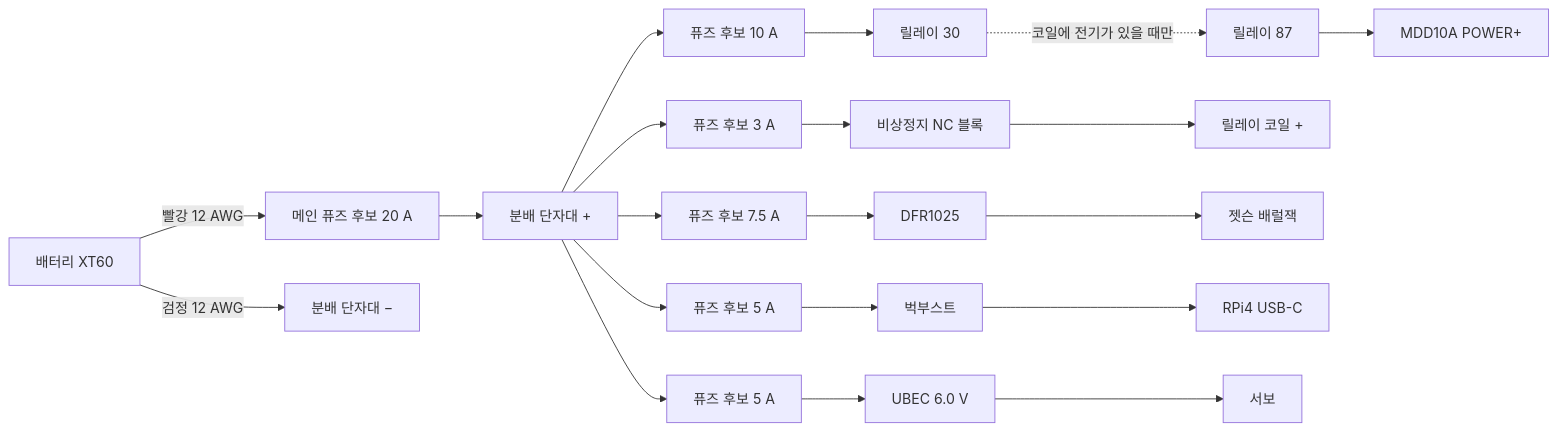
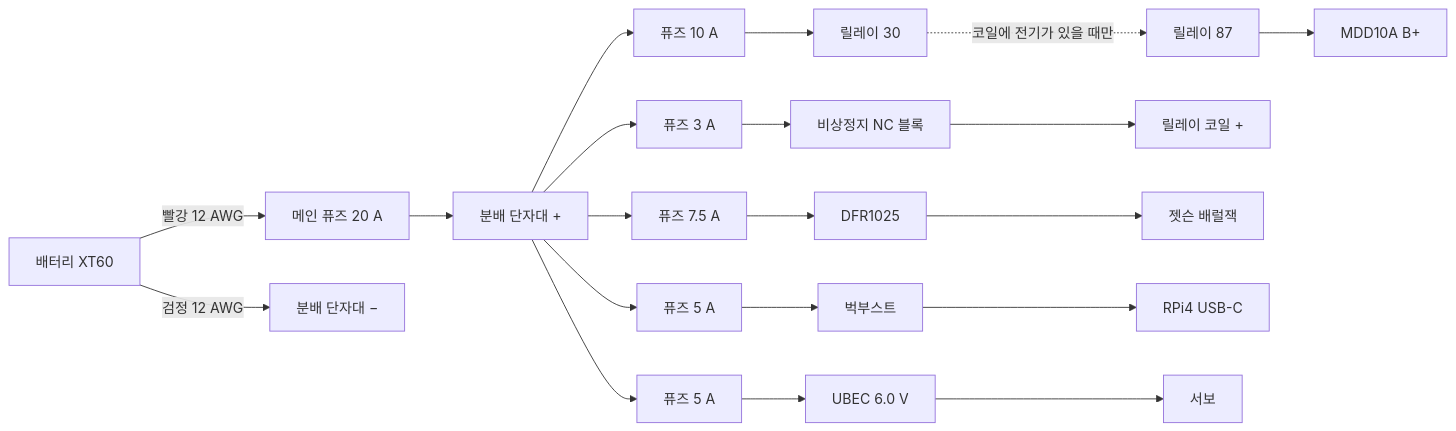
The diagram in docs/vehicle/assembly-guide.md (jerry1700/XENOVA-SDV), drawn with Mermaid before and after one commit. The commit also changed other lines of this file and 2 other files, not shown here.

````diff
--- a/docs/vehicle/assembly-guide.md
+++ b/docs/vehicle/assembly-guide.md
@@ -121,11 +160,11 @@
 ```mermaid
 flowchart LR
-    BAT["배터리 XT60"] -->|"빨강 12 AWG"| F0["메인 퓨즈 후보 20 A"] --> BP["분배 단자대 +"]
+    BAT["배터리 XT60"] -->|"빨강 12 AWG"| F0["메인 퓨즈 20 A"] --> BP["분배 단자대 +"]
     BAT -->|"검정 12 AWG"| BN["분배 단자대 −"]
-    BP --> FM["퓨즈 후보 10 A"] --> R30["릴레이 30"]
-    R30 -.->|"코일에 전기가 있을 때만"| R87["릴레이 87"] --> MDD["MDD10A POWER+"]
-    BP --> FC["퓨즈 후보 3 A"] --> ES["비상정지 NC 블록"] --> R86["릴레이 코일 +"]
-    BP --> FJ["퓨즈 후보 7.5 A"] --> DFR["DFR1025"] --> JET["젯슨 배럴잭"]
-    BP --> FR["퓨즈 후보 5 A"] --> BB["벅부스트"] --> RPI["RPi4 USB-C"]
-    BP --> FS["퓨즈 후보 5 A"] --> UB["UBEC 6.0 V"] --> SV["서보"]
+    BP --> FM["퓨즈 10 A"] --> R30["릴레이 30"]
+    R30 -.->|"코일에 전기가 있을 때만"| R87["릴레이 87"] --> MDD["MDD10A B+"]
+    BP --> FC["퓨즈 3 A"] --> ES["비상정지 NC 블록"] --> R86["릴레이 코일 +"]
+    BP --> FJ["퓨즈 7.5 A"] --> DFR["DFR1025"] --> JET["젯슨 배럴잭"]
+    BP --> FR["퓨즈 5 A"] --> BB["벅부스트"] --> RPI["RPi4 USB-C"]
+    BP --> FS["퓨즈 5 A"] --> UB["UBEC 6.0 V"] --> SV["서보"]
 ```
````
